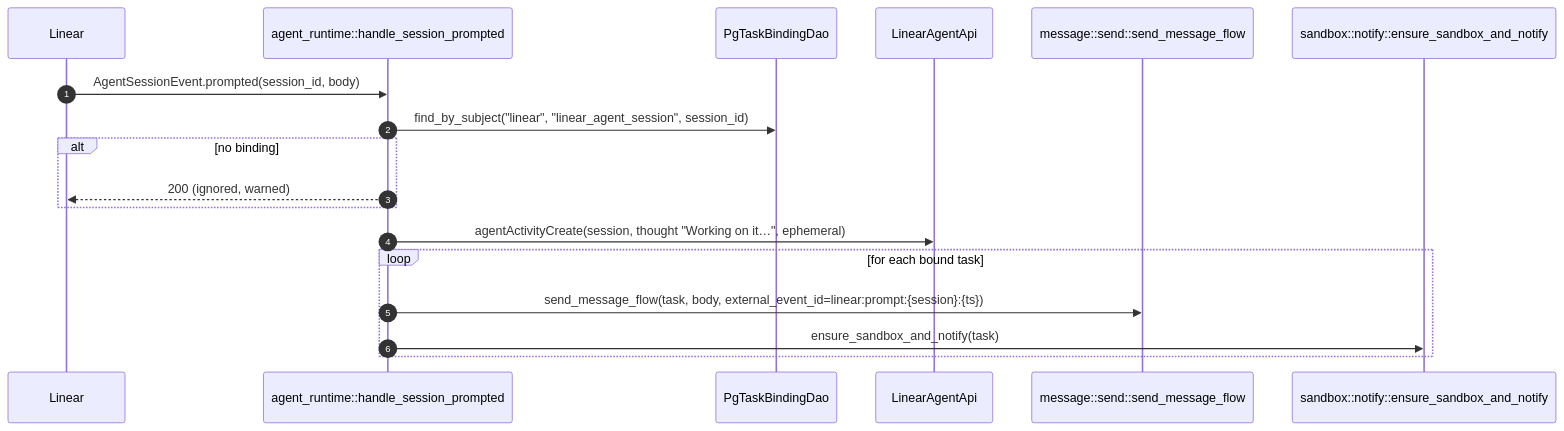
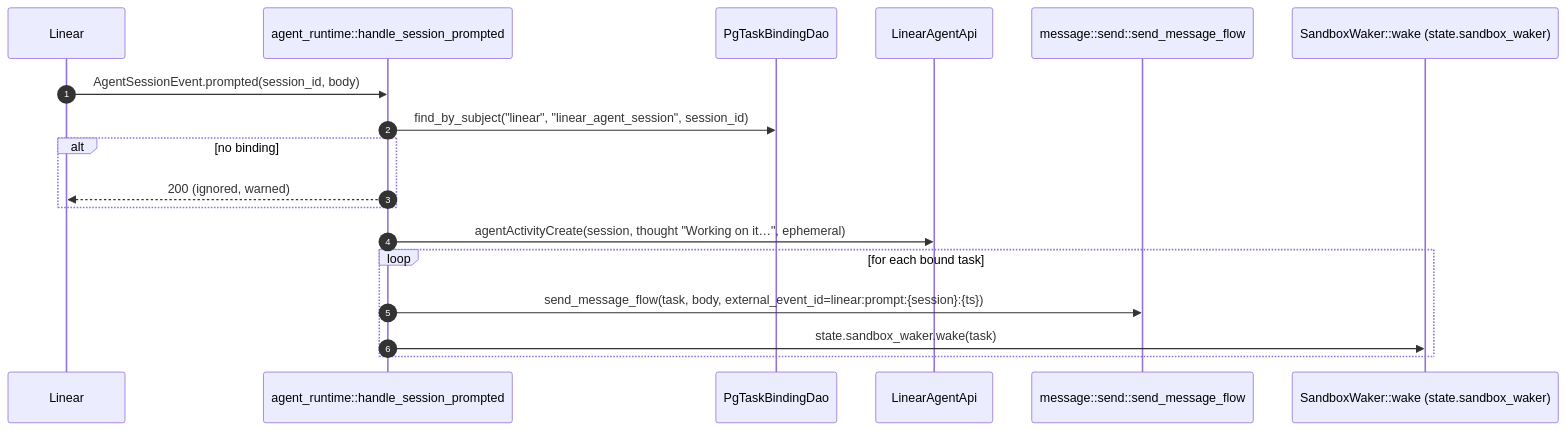
The third of 9 diagrams in docs/linear-adapter.md (aorwall/moatless), drawn with Mermaid before and after one commit. The commit also changed 14 other files, not shown here.

````diff
--- a/docs/linear-adapter.md
+++ b/docs/linear-adapter.md
@@ -179,21 +179,21 @@
 ```mermaid
 sequenceDiagram
     autonumber
     participant Linear
     participant Runtime as agent_runtime::handle_session_prompted
     participant BindingRepo as PgTaskBindingDao
     participant API as LinearAgentApi
     participant MsgFlow as message::send::send_message_flow
-    participant Sandbox as sandbox::notify::ensure_sandbox_and_notify
+    participant Sandbox as SandboxWaker::wake (state.sandbox_waker)
 
     Linear->>Runtime: AgentSessionEvent.prompted(session_id, body)
     Runtime->>BindingRepo: find_by_subject("linear", "linear_agent_session", session_id)
     alt no binding
         Runtime-->>Linear: 200 (ignored, warned)
     end
     Runtime->>API: agentActivityCreate(session, thought "Working on it…", ephemeral)
     loop for each bound task
         Runtime->>MsgFlow: send_message_flow(task, body, external_event_id=linear:prompt:{session}:{ts})
-        Runtime->>Sandbox: ensure_sandbox_and_notify(task)
+        Runtime->>Sandbox: state.sandbox_waker.wake(task)
     end
 ```
````
